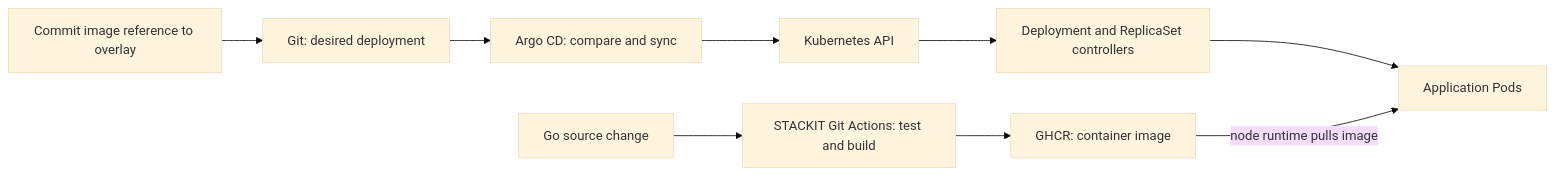
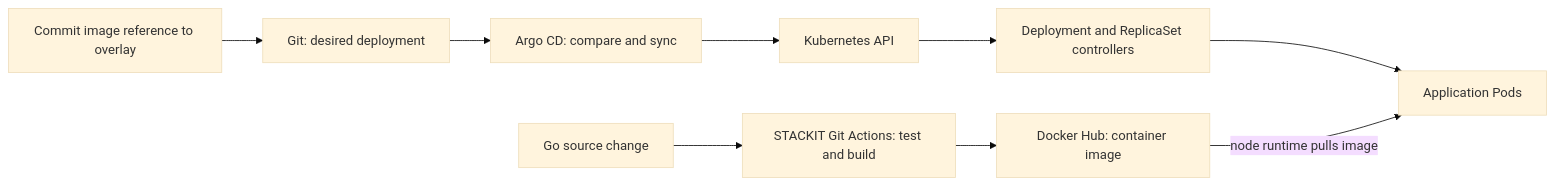
One commit to kaljo14/cource changed the first of 7 diagrams in 03-argoCD/README.md. Above: the diagram before and after it, drawn with Mermaid (base theme). The commit also changed other lines of this file and 31 other files, not shown here.

````diff
--- a/03-argoCD/README.md
+++ b/03-argoCD/README.md
@@ -40,11 +40,11 @@
 ```mermaid
 flowchart LR
   Code[Go source change] --> CI[STACKIT Git Actions: test and build]
-  CI --> Registry[GHCR: container image]
+  CI --> Registry[Docker Hub: container image]
   Promotion[Commit image reference to overlay] --> Git[Git: desired deployment]
   Git --> Argo[Argo CD: compare and sync]
   Argo --> API[Kubernetes API]
   API --> Deployment[Deployment and ReplicaSet controllers]
   Deployment --> Pods[Application Pods]
   Registry -->|node runtime pulls image| Pods
 ```
````
